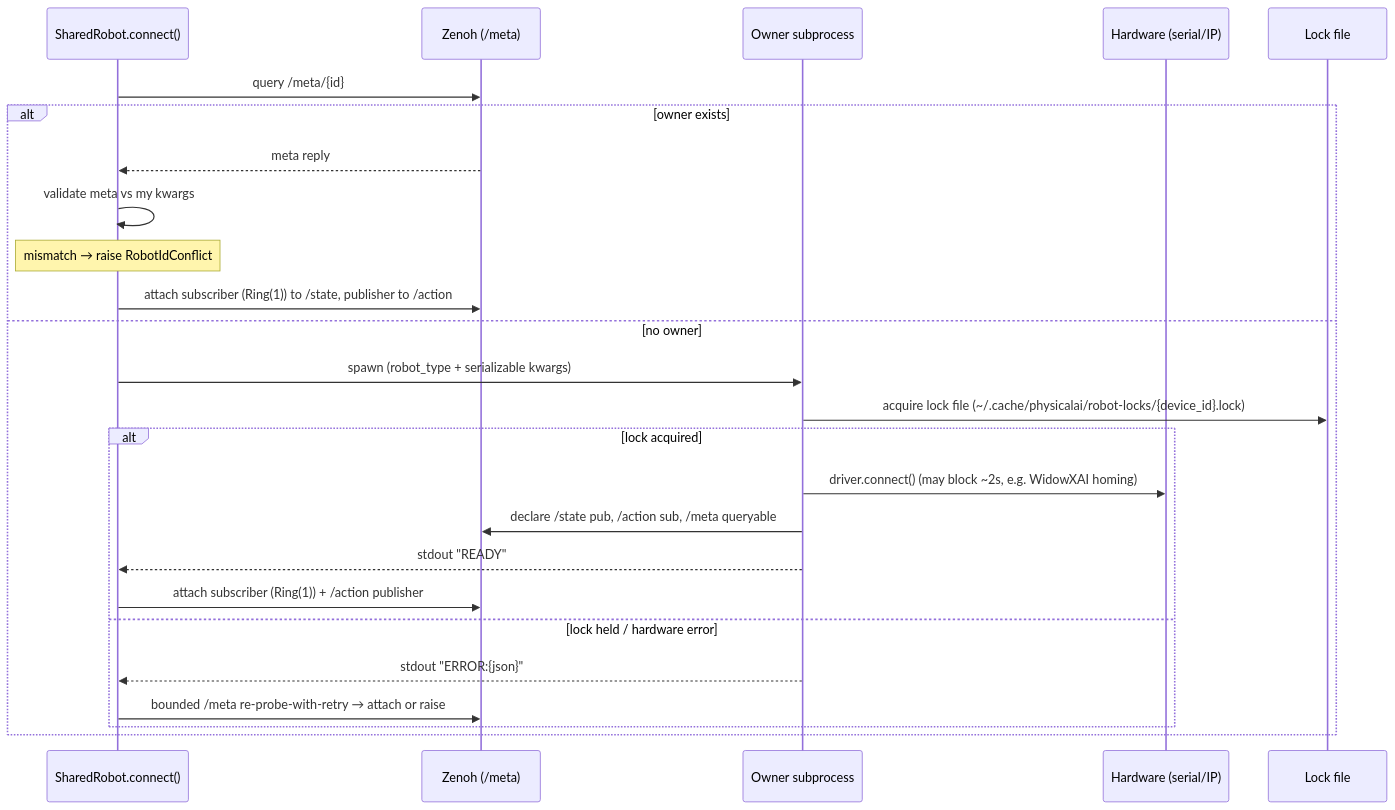
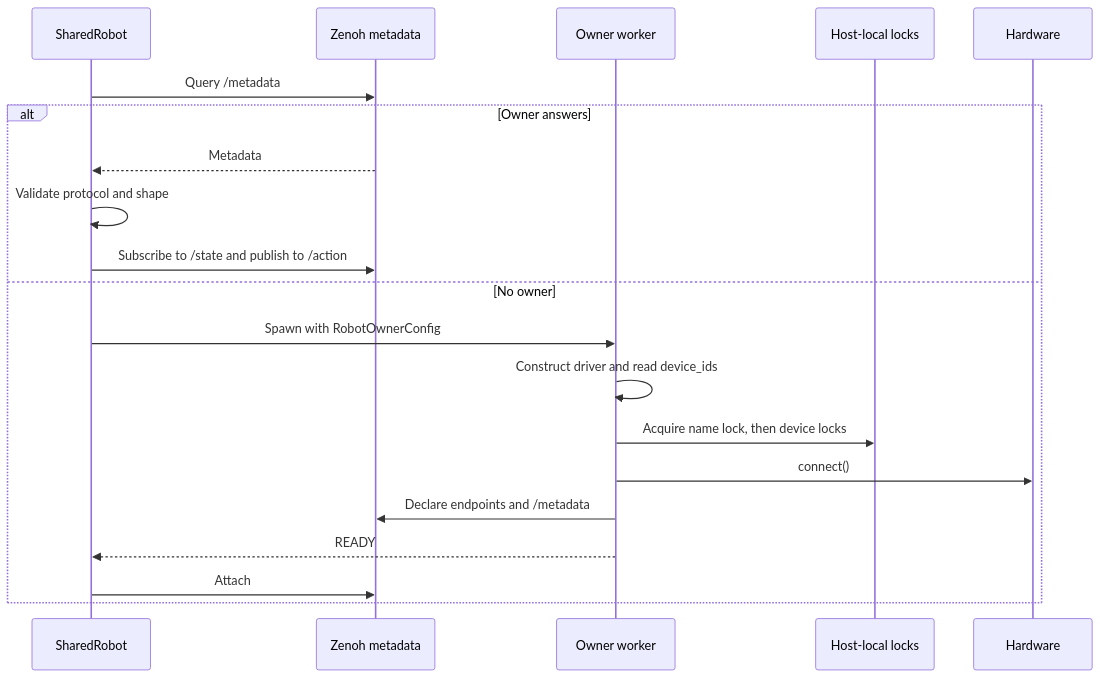
The second of 2 diagrams in docs/development/robot-zenoh-transport-design.md (openvinotoolkit/physicalai), drawn with Mermaid before and after one commit. The commit also changed other lines of this file and 4 other files, not shown here.

````diff
--- a/docs/development/robot-zenoh-transport-design.md
+++ b/docs/development/robot-zenoh-transport-design.md
@@ -91,28 +104,23 @@
 ```mermaid
 sequenceDiagram
-    participant S as SharedRobot.connect()
-    participant Z as Zenoh (/meta)
-    participant O as Owner subprocess
-    participant HW as Hardware (serial/IP)
-    participant L as Lock file
+    participant S as SharedRobot
+    participant Z as Zenoh metadata
+    participant O as Owner worker
+    participant L as Host-local locks
+    participant H as Hardware
 
-    S->>Z: query /meta/{id}
-    alt owner exists
-        Z-->>S: meta reply
-        S->>S: validate meta vs my kwargs
-        Note over S: mismatch → raise RobotIdConflict
-        S->>Z: attach subscriber (Ring(1)) to /state, publisher to /action
-    else no owner
-        S->>O: spawn (robot_type + serializable kwargs)
-        O->>L: acquire lock file (~/.cache/physicalai/robot-locks/{device_id}.lock)
-        alt lock acquired
-            O->>HW: driver.connect() (may block ~2s, e.g. WidowXAI homing)
-            O->>Z: declare /state pub, /action sub, /meta queryable
-            O-->>S: stdout "READY"
-            S->>Z: attach subscriber (Ring(1)) + /action publisher
-        else lock held / hardware error
-            O-->>S: stdout "ERROR:{json}"
-            S->>Z: bounded /meta re-probe-with-retry → attach or raise
-        end
+    S->>Z: Query /metadata
+    alt Owner answers
+        Z-->>S: Metadata
+        S->>S: Validate protocol and shape
+        S->>Z: Subscribe to /state and publish to /action
+    else No owner
+        S->>O: Spawn with RobotOwnerConfig
+        O->>O: Construct driver and read device_ids
+        O->>L: Acquire name lock, then device locks
+        O->>H: connect()
+        O->>Z: Declare endpoints and /metadata
+        O-->>S: READY
+        S->>Z: Attach
     end
 ```
````
